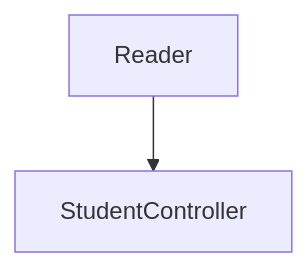
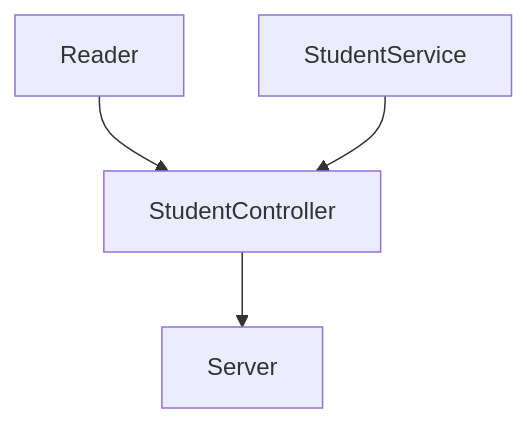
The diagram in README.md (rorrostieta/vp_codechallenge), drawn with Mermaid before and after one commit.

Commit message:
diagrama de flujo mermaid

````diff
--- a/README.md
+++ b/README.md
@@ -20,5 +21,6 @@
 ```mermaid
 graph TD;
     Reader-->StudentController;
-
+    StudentService-->StudentController;
+    StudentController-->Server
 ```
````
